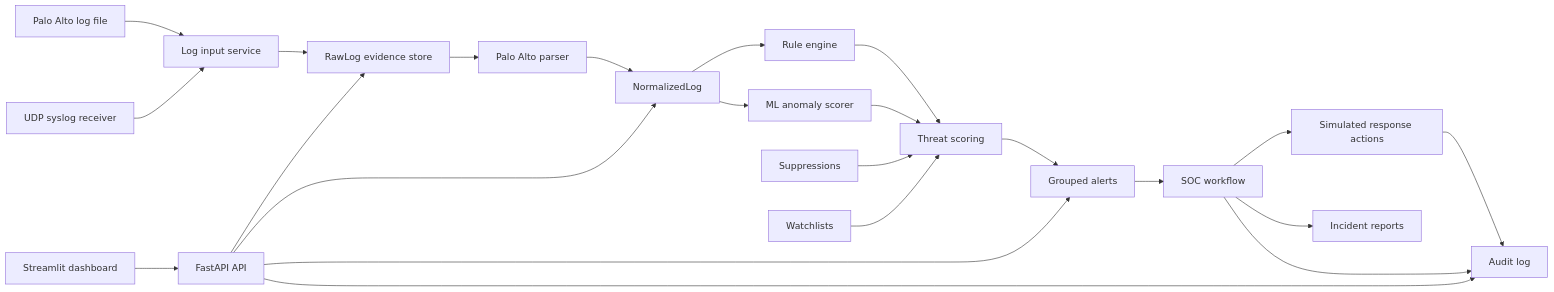
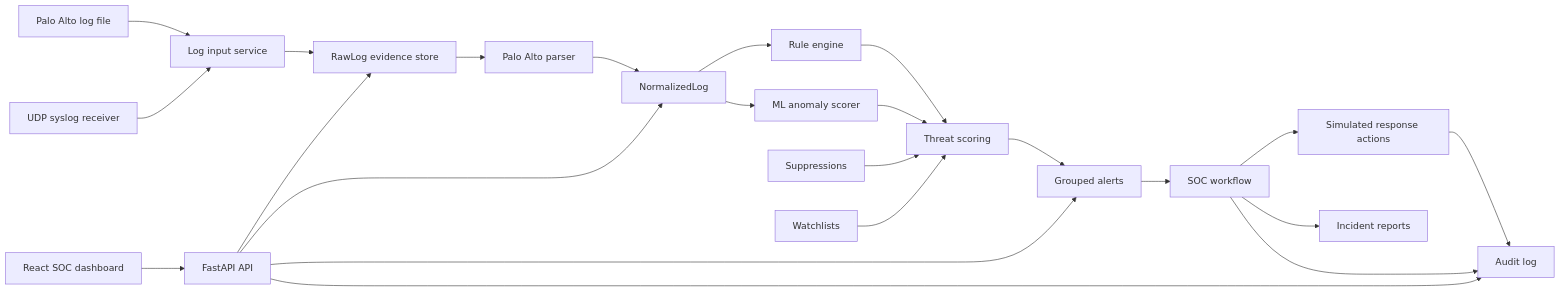
The diagram in docs/ARCHITECTURE.md (Koe10121/ATDR), drawn with Mermaid before and after one commit. The commit also changed 40 other files, not shown here.

````diff
--- a/docs/ARCHITECTURE.md
+++ b/docs/ARCHITECTURE.md
@@ -7,25 +7,25 @@
 ```mermaid
 flowchart LR
     A[Palo Alto log file] --> B[Log input service]
     A2[UDP syslog receiver] --> B
     B --> C[RawLog evidence store]
     C --> D[Palo Alto parser]
     D --> E[NormalizedLog]
     E --> F[Rule engine]
     E --> G[ML anomaly scorer]
     F --> H[Threat scoring]
     G --> H
     H --> I[Grouped alerts]
     I --> J[SOC workflow]
     J --> K[Simulated response actions]
     J --> L[Incident reports]
     K --> M[Audit log]
     J --> M
     N[Suppressions] --> H
     O[Watchlists] --> H
-    P[Streamlit dashboard] --> Q[FastAPI API]
+    P[React SOC dashboard] --> Q[FastAPI API]
     Q --> C
     Q --> E
     Q --> I
     Q --> M
 ```
````
